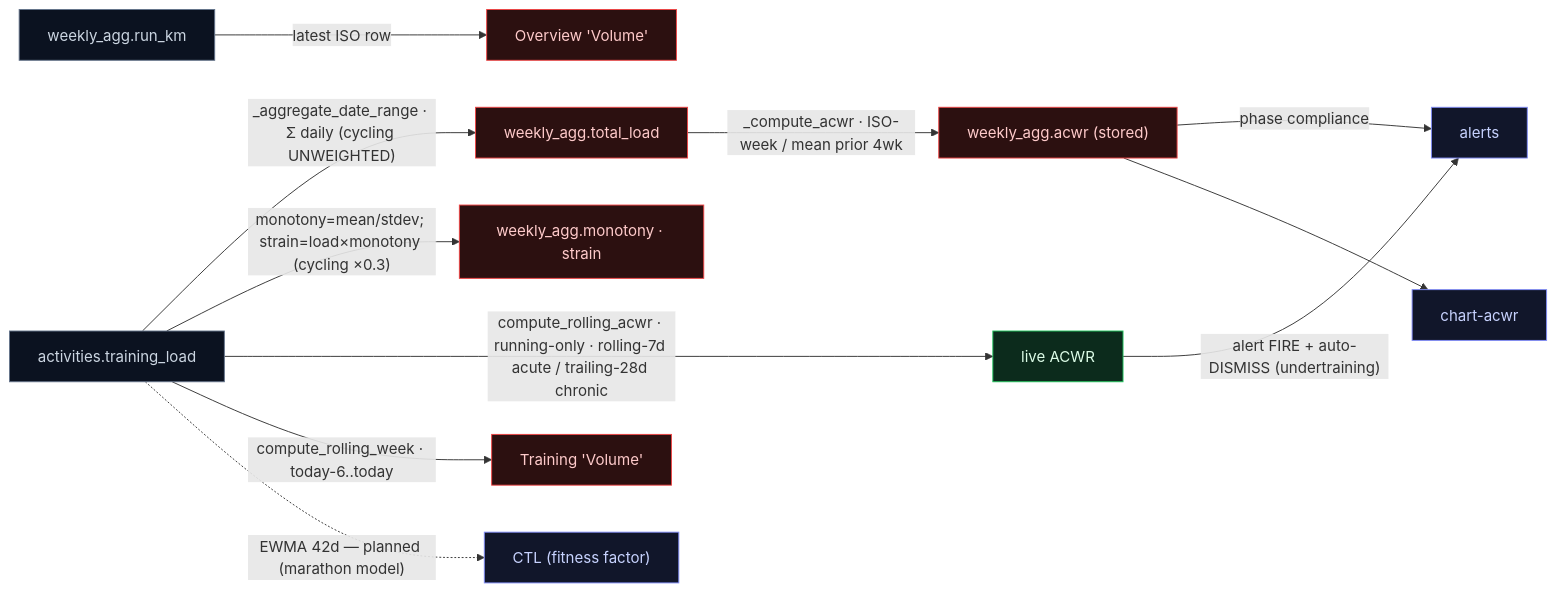
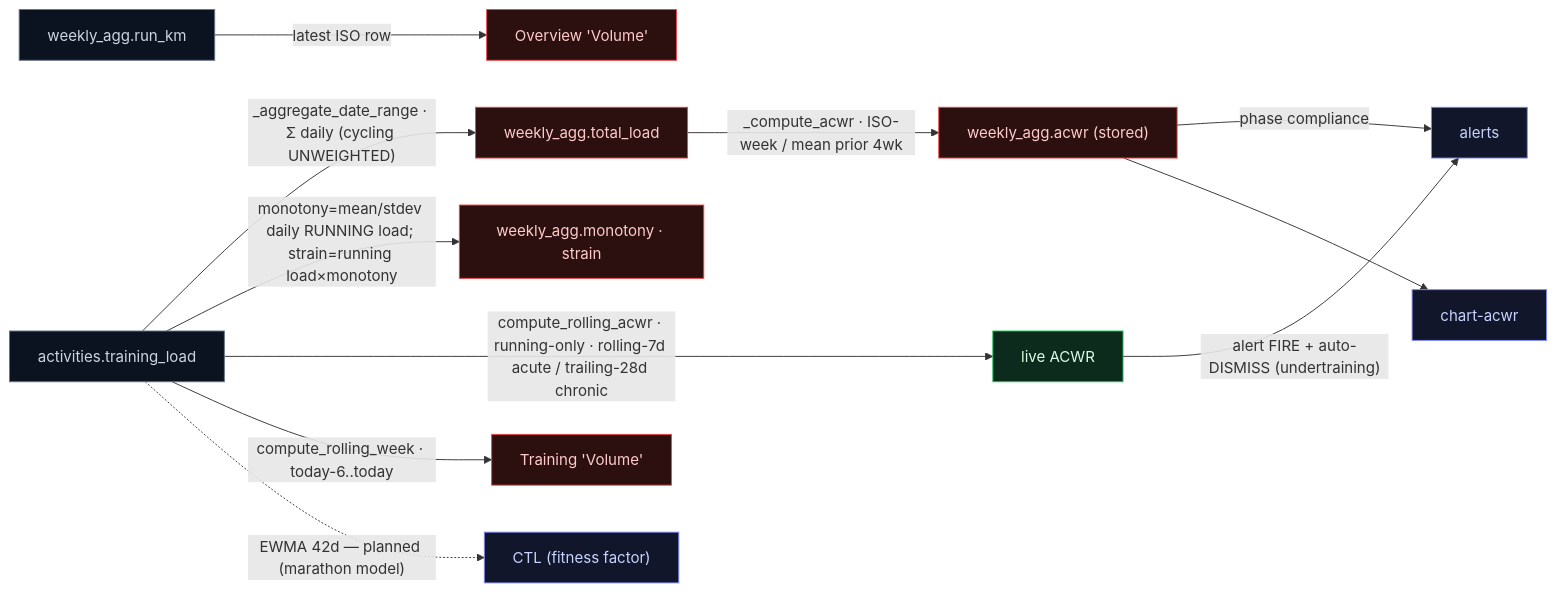
The third of 6 diagrams in DATA_LINEAGE.md (BigCrunsh/fit), drawn with Mermaid before and after one commit. The commit also changed other lines of this file and 2 other files, not shown here.

First line of the commit message:
fix(analysis): monotony/strain count running only (exclude cross-training)

````diff
--- a/DATA_LINEAGE.md
+++ b/DATA_LINEAGE.md
@@ -133,19 +133,19 @@
 ```mermaid
 flowchart LR
   classDef src fill:#0b1220,stroke:#64748b,color:#cbd5e1
   classDef fn fill:#0c2b1c,stroke:#22c55e,color:#dcfce7
   classDef dup fill:#2c1010,stroke:#ef4444,color:#fecaca
   classDef out fill:#11162a,stroke:#818cf8,color:#c7d2fe
   TL["activities.training_load"]:::src
   TL -->|"_aggregate_date_range · Σ daily (cycling UNWEIGHTED)"| TOT["weekly_agg.total_load"]:::dup
-  TL -->|"monotony=mean/stdev; strain=load×monotony (cycling ×0.3)"| STR["weekly_agg.monotony · strain"]:::dup
+  TL -->|"monotony=mean/stdev daily RUNNING load; strain=running load×monotony"| STR["weekly_agg.monotony · strain"]:::dup
   TOT -->|"_compute_acwr · ISO-week / mean prior 4wk"| ACS["weekly_agg.acwr (stored)"]:::dup
   TL -->|"compute_rolling_acwr · running-only · rolling-7d acute / trailing-28d chronic"| ACL["live ACWR"]:::fn
   ACL -->|"alert FIRE + auto-DISMISS (undertraining)"| ALR["alerts"]:::out
   ACS -->|"phase compliance"| ALR
   ACS --> CHA["chart-acwr"]:::out
   RK["weekly_agg.run_km"]:::src
   RK -->|"latest ISO row"| OV["Overview 'Volume'"]:::dup
   TL -->|"compute_rolling_week · today-6..today"| TV["Training 'Volume'"]:::dup
   TL -.->|"EWMA 42d — planned (marathon model)"| CTL["CTL (fitness factor)"]:::out
 ```
````
